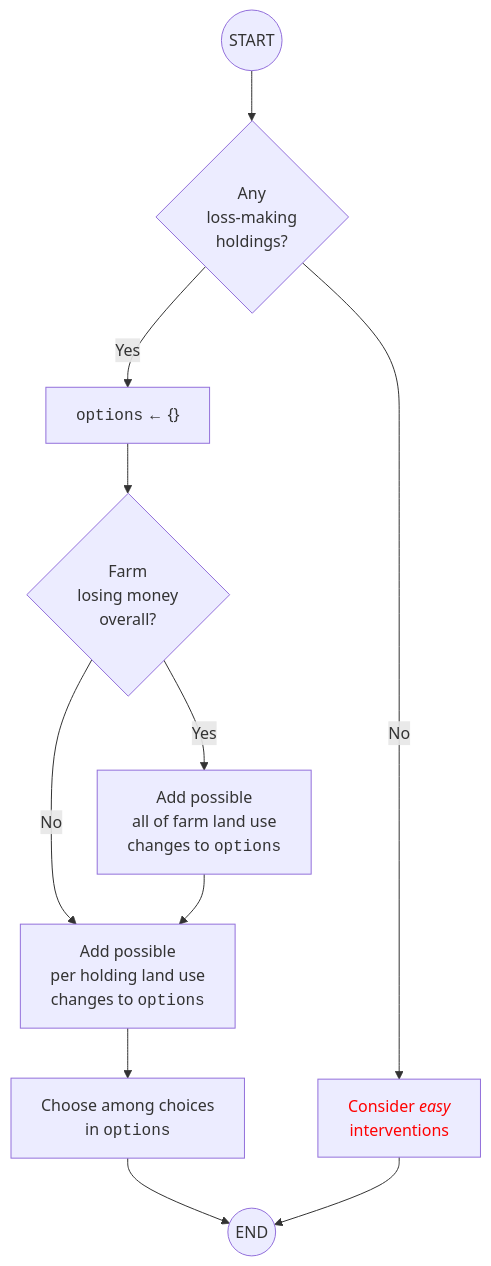
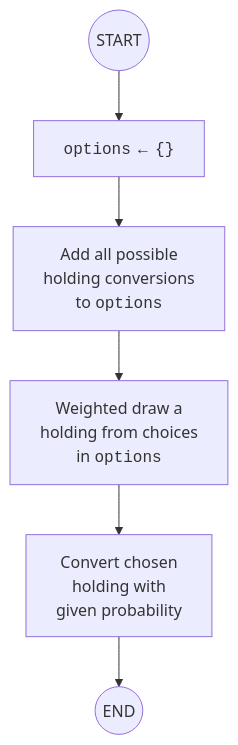
One commit to DOSull/moving-the-middle-abm changed the diagram in model-description/documents/03d-constrained-mode.qmd. Above: the diagram before and after it, drawn with Mermaid. The commit also changed other lines of this file and 49 other files, not shown here.

````diff
--- a/model-description/documents/03d-constrained-mode.qmd
+++ b/model-description/documents/03d-constrained-mode.qmd
@@ -28,23 +33,14 @@
 ```{mermaid}
 flowchart TB
   A((START))
-  F{Any<br>loss-making<br>holdings?}
-  G["<span style='font-family:monospace'>options</span> &larr; {}"]
-  H{Farm<br>losing money<br>overall?}
-  I[Add possible<br>all of farm land use<br>changes to <span style="font-family:monospace;">options</span>]
-  J[Add possible<br>per holding land use<br>changes to <span style="font-family:monospace;">options</span>]
-  K[Choose among choices<br>in  <span style="font-family:monospace;">options</span>]
-  L[<span style='color:red;'>Consider <i>easy</i><br>interventions</span>]
+  G["<span style='font-family:monospace'>options</span> &larr; <span style='font-family:monospace'> #123;#125; </span>"]
+  J[Add all possible<br>holding conversions<br>to <span style="font-family:monospace;">options</span>]
+  K[Weighted draw a<br>holding from choices<br>in  <span style="font-family:monospace;">options</span>]
+  L[Convert chosen<br>holding with<br>given probability]
   Z((END))
-  A --> F
-  F -->|Yes| G
-  F -->|No| L
-  G --> H
-  H -->|Yes| I
-  H -->|No| J
-  I --> J
+  A --> G
+  G --> J
   J --> K
-  K --> Z
+  K --> L
   L --> Z
-  click L "05-farmer-decisions-interventions.html" "Click for details"
 ```
````
